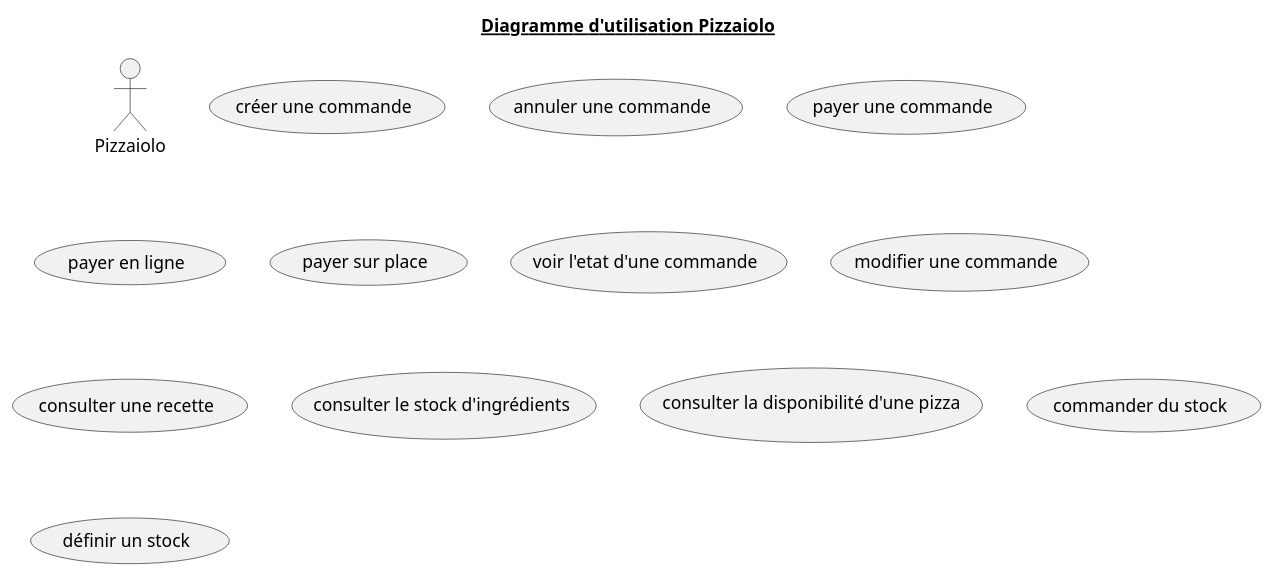
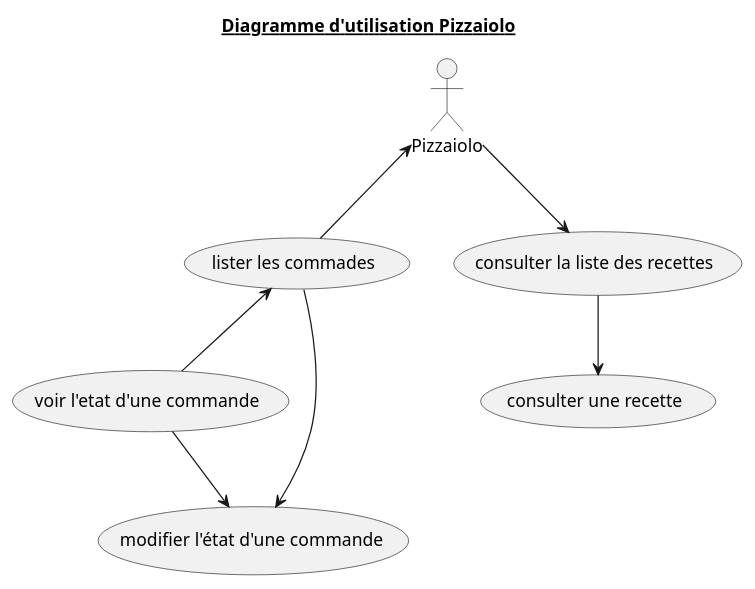
Before and after one commit to Zepmanbc/oc_dapython_pr4: the diagram in doc/uml/2_Pizzaiolo_UseCaseDiagram.puml, drawn with PlantUML. The commit also changed 24 other files, not shown here.

```diff
--- a/doc/uml/2_Pizzaiolo_UseCaseDiagram.puml
+++ b/doc/uml/2_Pizzaiolo_UseCaseDiagram.puml
@@ -1,20 +1,26 @@
-@startuml Pizzaiolo_UseCaseDiagram
+@startuml 2_Pizzaiolo_UseCaseDiagram
 
 title <u>Diagramme d'utilisation Pizzaiolo</u>
 
-actor Pizzaiolo as P
+actor Pizzaiolo as PIZLO
 
-(créer une commande)
-(annuler une commande)
-(payer une commande)
-    (payer en ligne)
-    (payer sur place)
-(voir l'etat d'une commande)
-(modifier une commande)
-(consulter une recette)
-(consulter le stock d'ingrédients)
-(consulter la disponibilité d'une pizza)
-(commander du stock)
-    (définir un stock)
+'COMMANDES
+    (lister les commades) AS LIST_CMD
+    (voir l'etat d'une commande) AS SHOW_STATE_CMD
+    (modifier l'état d'une commande) AS MODIFY_STATE_CMD
+
+' RECETTE
+    (consulter la liste des recettes) AS LIST_RECIPE
+    (consulter une recette) AS SHOW_RECIPE
+
+' INGREDIENTS
+
+PIZLO <-- LIST_CMD
+LIST_CMD <-- SHOW_STATE_CMD
+LIST_CMD --> MODIFY_STATE_CMD
+SHOW_STATE_CMD --> MODIFY_STATE_CMD
+
+PIZLO --> LIST_RECIPE
+LIST_RECIPE --> SHOW_RECIPE
 
 @enduml
```
